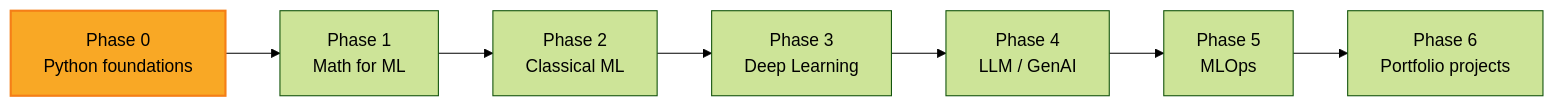
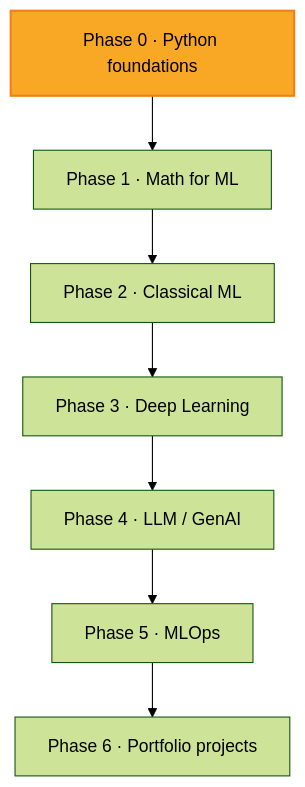
Before and after one commit to peacepeacecreation/peacepeacecreation: the diagram in README.md, drawn with Mermaid (forest theme).

Commit message:
fix: roadmap layout LR->TB so github controls don't cover phase 6

````diff
--- a/README.md
+++ b/README.md
@@ -82,11 +82,11 @@
 ```mermaid
-flowchart LR
-    P0[Phase 0<br/>Python foundations]:::current --> P1[Phase 1<br/>Math for ML]
-    P1 --> P2[Phase 2<br/>Classical ML]
-    P2 --> P3[Phase 3<br/>Deep Learning]
-    P3 --> P4[Phase 4<br/>LLM / GenAI]
-    P4 --> P5[Phase 5<br/>MLOps]
-    P5 --> P6[Phase 6<br/>Portfolio projects]
+flowchart TB
+    P0[Phase 0 · Python foundations]:::current --> P1[Phase 1 · Math for ML]
+    P1 --> P2[Phase 2 · Classical ML]
+    P2 --> P3[Phase 3 · Deep Learning]
+    P3 --> P4[Phase 4 · LLM / GenAI]
+    P4 --> P5[Phase 5 · MLOps]
+    P5 --> P6[Phase 6 · Portfolio projects]
 
     classDef current fill:#f9a825,color:#000,stroke:#f57f17,stroke-width:2px
 ```
````
